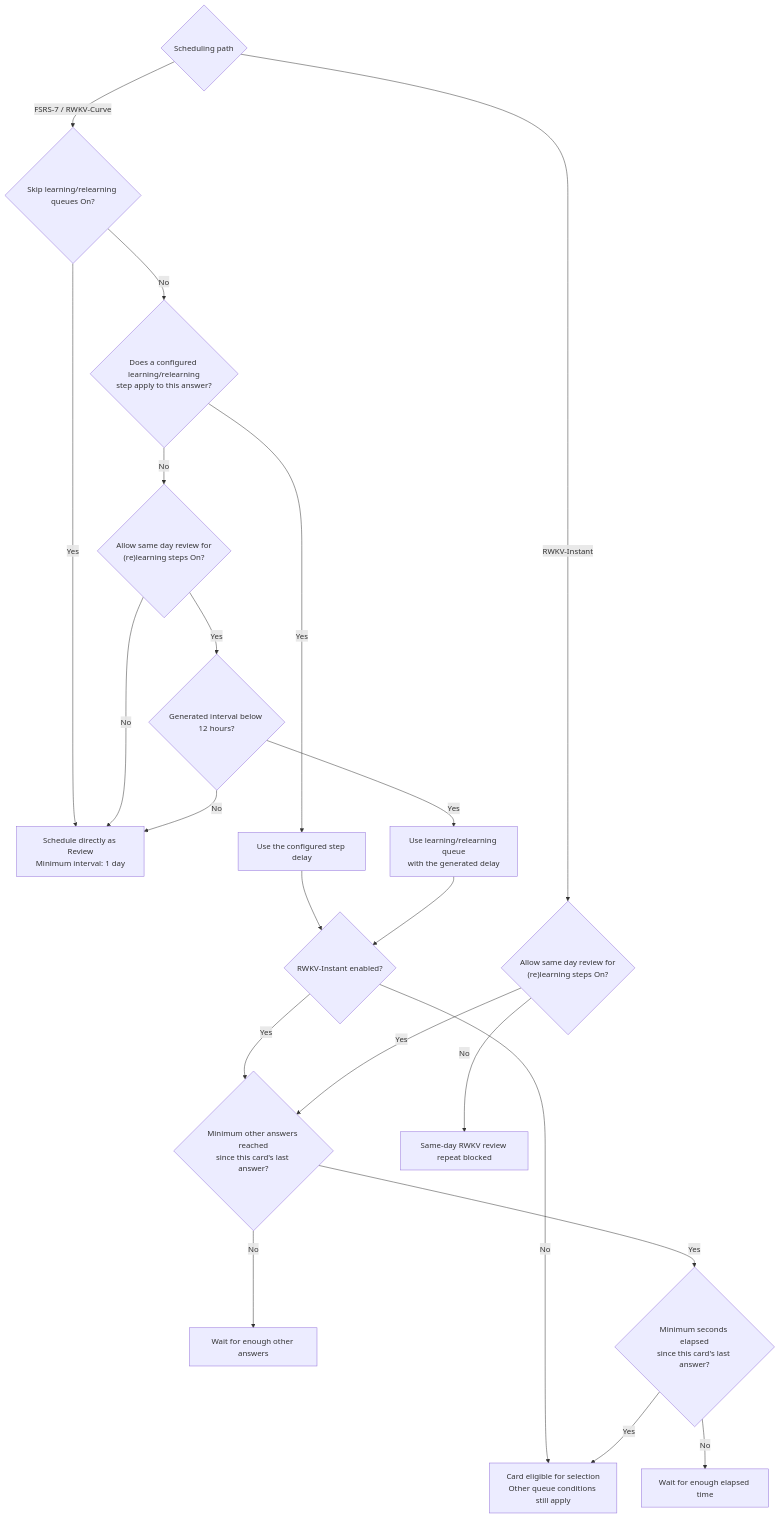
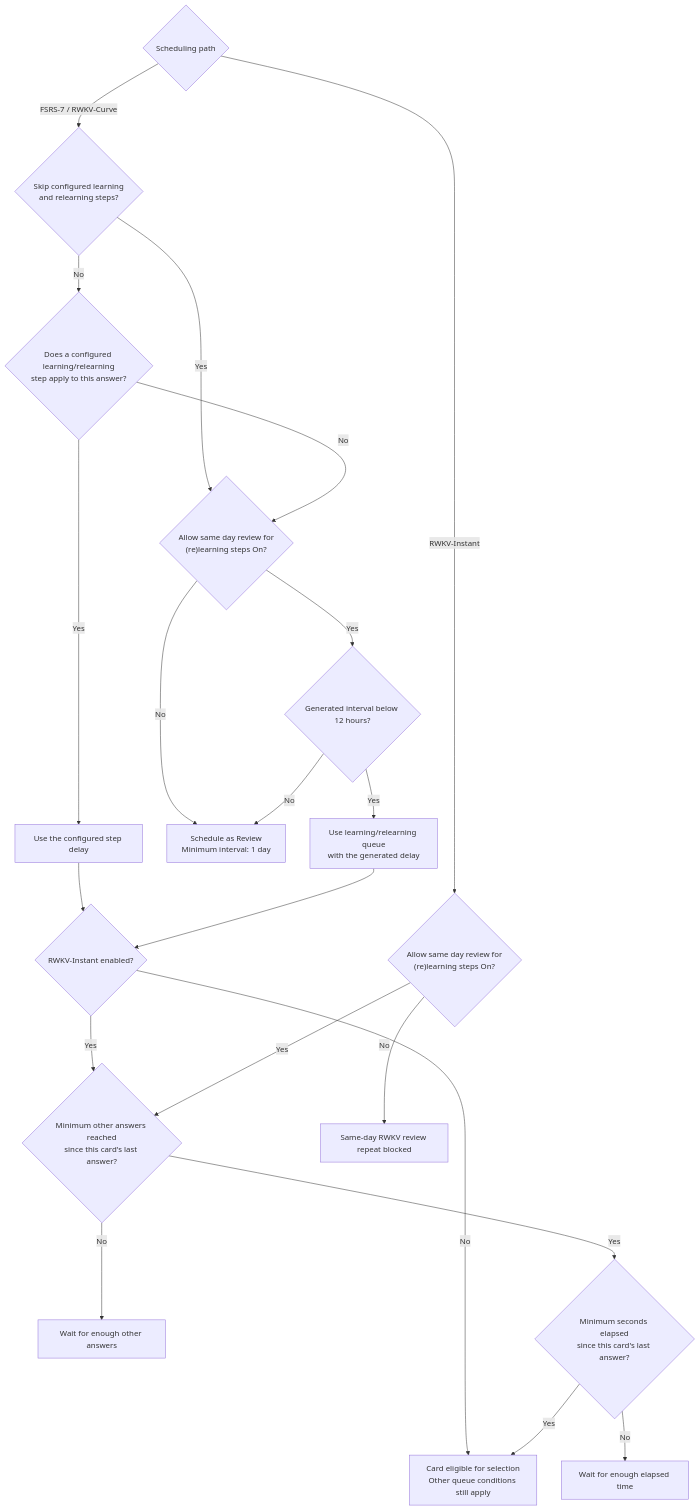
The diagram in RWKV_FAQ.md (JSchoreels/anki), drawn with Mermaid before and after one commit. The commit also changed other lines of this file and 14 other files, not shown here.

Commit message:
Allow short FSRS intervals when skipping preset steps

````diff
--- a/RWKV_FAQ.md
+++ b/RWKV_FAQ.md
@@ -373,27 +370,27 @@
 ```mermaid
 flowchart TD
     A{"Scheduling path"}
 
-    A -->|FSRS-7 / RWKV-Curve| B{"Skip learning/relearning queues On?"}
-    B -->|Yes| C["Schedule directly as Review<br/>Minimum interval: 1 day"]
+    A -->|FSRS-7 / RWKV-Curve| B{"Skip configured learning<br/>and relearning steps?"}
+    B -->|Yes| F
     B -->|No| D{"Does a configured learning/relearning<br/>step apply to this answer?"}
     D -->|Yes| E["Use the configured step delay"]
     D -->|No| F{"Allow same day review for<br/>(re)learning steps On?"}
-    F -->|No| C
+    F -->|No| C["Schedule as Review<br/>Minimum interval: 1 day"]
     F -->|Yes| G{"Generated interval below 12 hours?"}
     G -->|Yes| H["Use learning/relearning queue<br/>with the generated delay"]
     G -->|No| C
 
     E --> Q{"RWKV-Instant enabled?"}
     H --> Q
     Q -->|No| P
     Q -->|Yes| L
 
     A -->|RWKV-Instant| I{"Allow same day review for<br/>(re)learning steps On?"}
     I -->|No| J["Same-day RWKV review repeat blocked"]
     I -->|Yes| L{"Minimum other answers reached<br/>since this card's last answer?"}
     L -->|No| M["Wait for enough other answers"]
     L -->|Yes| N{"Minimum seconds elapsed<br/>since this card's last answer?"}
     N -->|No| O["Wait for enough elapsed time"]
     N -->|Yes| P["Card eligible for selection<br/>Other queue conditions still apply"]
 ```
````
